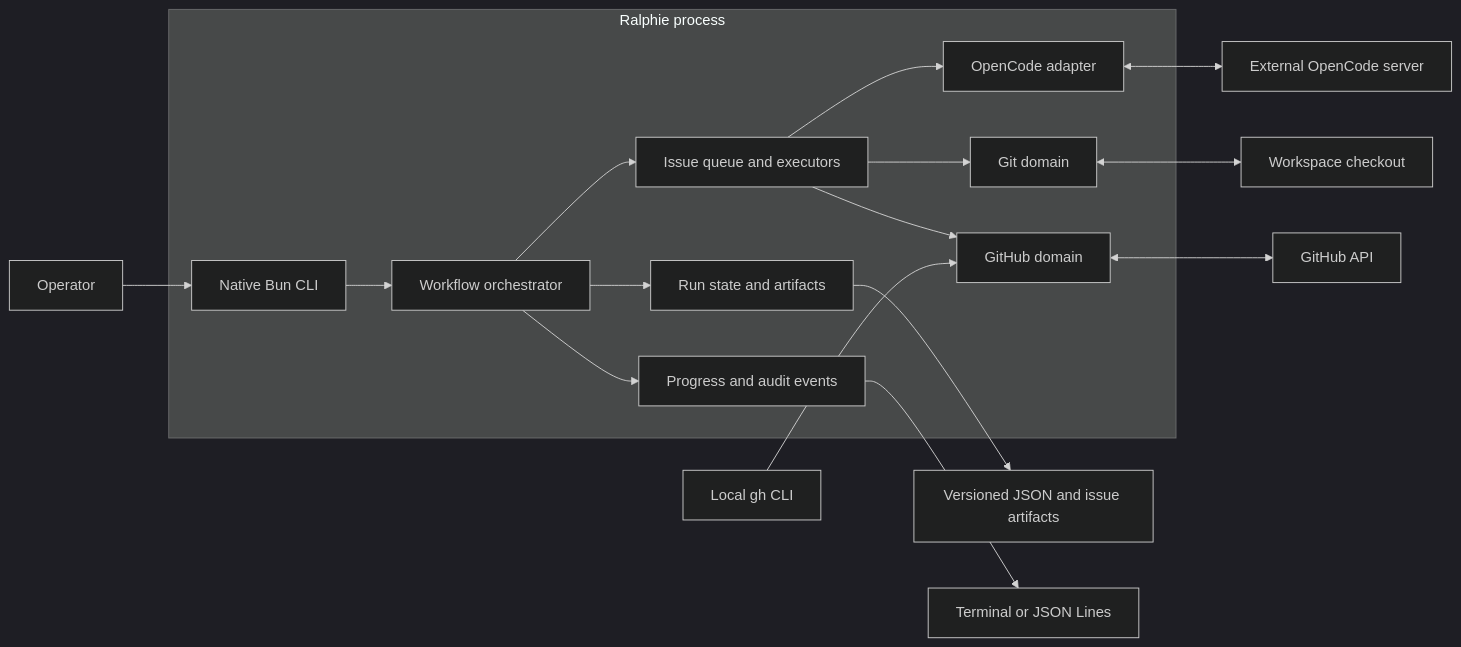
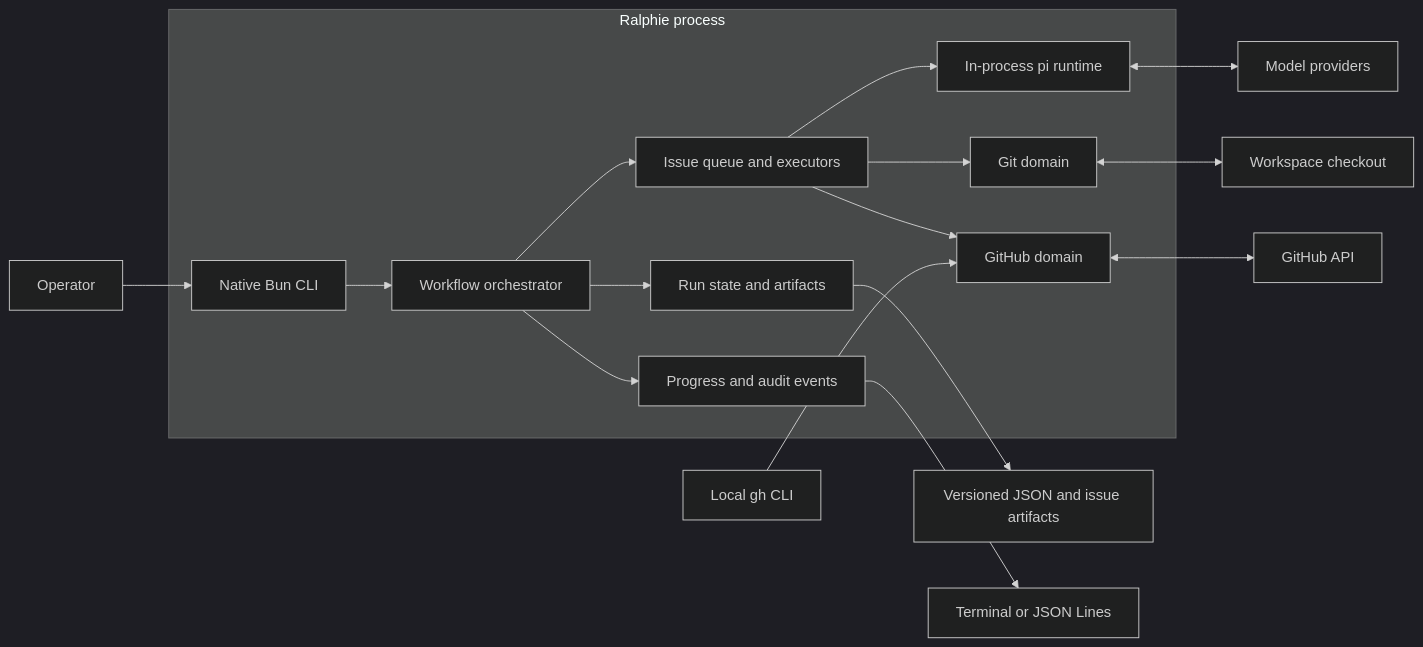
The diagram in docs/architecture.md (beremaran/ralphie), drawn with Mermaid (dark theme) before and after one commit. The commit also changed other lines of this file and 8 other files, not shown here.

````diff
--- a/docs/architecture.md
+++ b/docs/architecture.md
@@ -13,21 +13,21 @@
 ```mermaid
 flowchart LR
     U[Operator] --> CLI[Native Bun CLI]
 
     subgraph RP["Ralphie process"]
         CLI --> W[Workflow orchestrator]
         W --> Q[Issue queue and executors]
         W --> S[Run state and artifacts]
         W --> P[Progress and audit events]
-        Q --> OC[OpenCode adapter]
+        Q --> PI[In-process pi runtime]
         Q --> GD[Git domain]
         Q --> GHD[GitHub domain]
     end
 
     AUTH[Local gh CLI] --> GHD
     GHD <--> GH[GitHub API]
     GD <--> REPO[Workspace checkout]
-    OC <--> SERVER[External OpenCode server]
+    PI <--> LLM[Model providers]
     S --> DISK[Versioned JSON and issue artifacts]
     P --> TERM[Terminal or JSON Lines]
 ```
````
